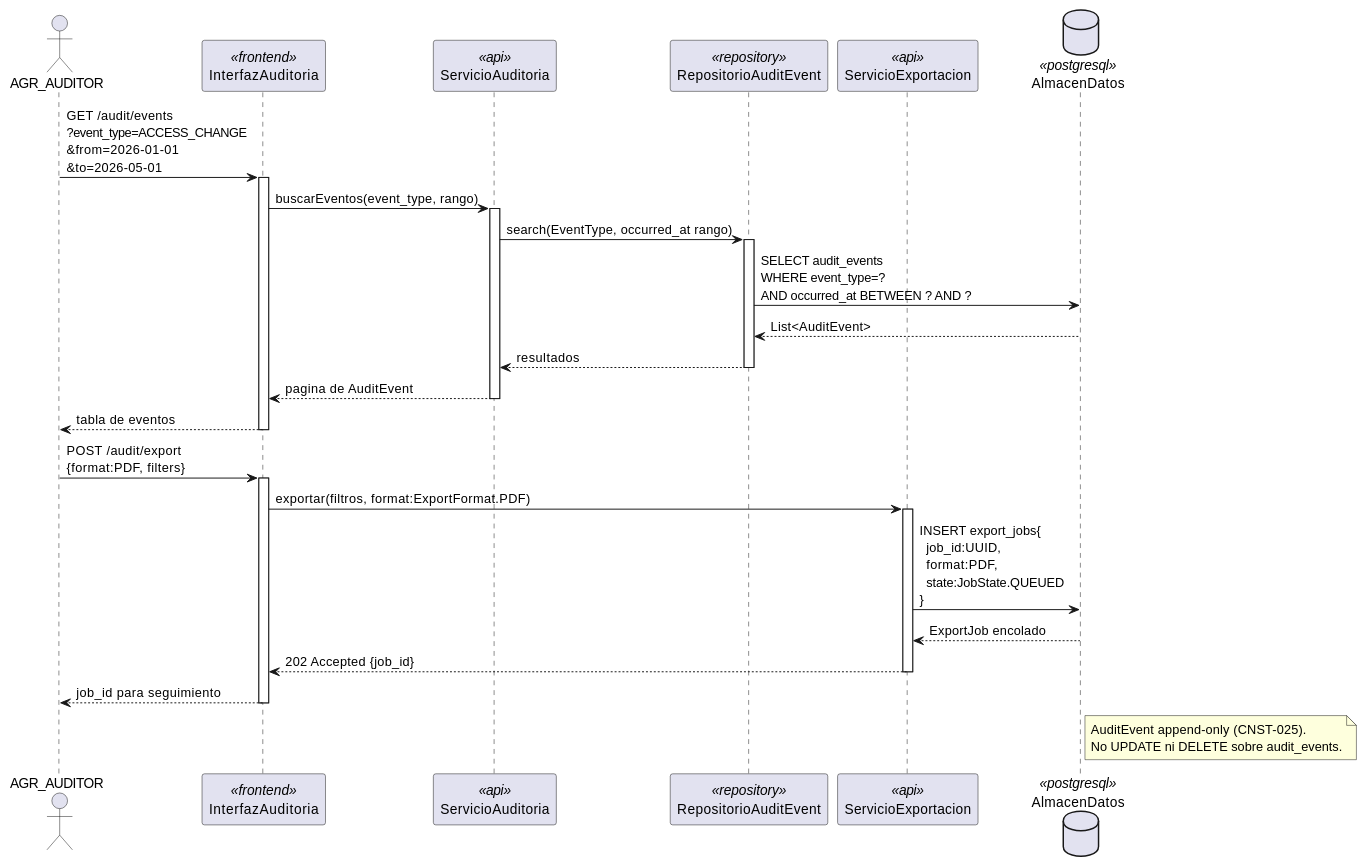
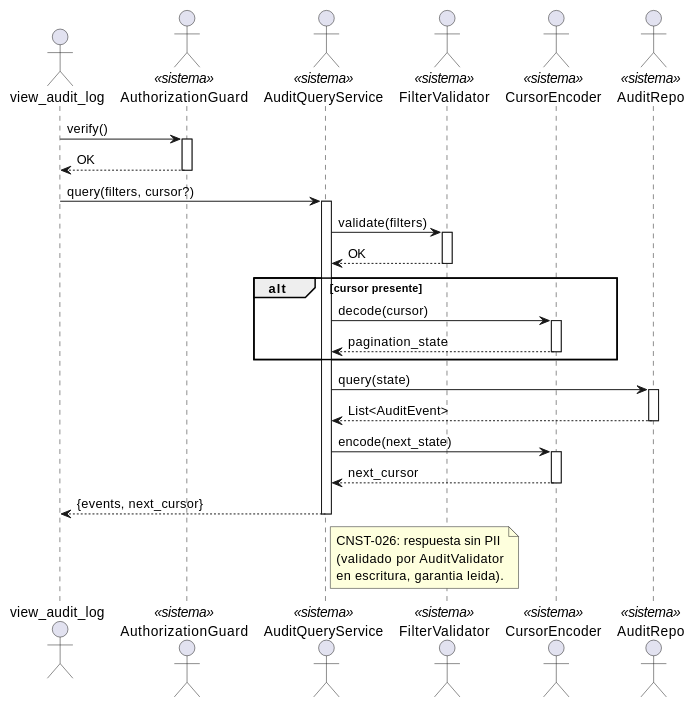
The diagram in source/arquitectura-tecnica/design-view/seq-audit.rst (jcg-admin/IACT-docs), drawn with PlantUML before and after one commit. The commit also changed other lines of this file and 12 other files, not shown here.

First line of the commit message:
Harmonize 13 design-view sequence diagrams to canonical vocab

```diff
--- a/source/arquitectura-tecnica/design-view/seq-audit.rst
+++ b/source/arquitectura-tecnica/design-view/seq-audit.rst
@@ -24,52 +25,52 @@
 .. uml::
- :caption: Design View MOD_Audit — busqueda y exportacion de eventos de auditoria.
+ :caption: MOD_Audit — query con filtros y cursor pagination.
 
  @startuml
 
- actor AGR_AUDITOR
+ actor "view_audit_log" as view_audit_log
+ actor "AuthorizationGuard" as AuthorizationGuard <<sistema>>
+ actor "AuditQueryService" as AuditQueryService <<sistema>>
+ actor "FilterValidator" as FilterValidator <<sistema>>
+ actor "CursorEncoder" as CursorEncoder <<sistema>>
+ actor "AuditRepo" as AuditRepo <<sistema>>
 
- participant InterfazAuditoria      <<frontend>>
- participant ServicioAuditoria      <<api>>
- participant RepositorioAuditEvent  <<repository>>
- participant ServicioExportacion    <<api>>
- database    AlmacenDatos           <<postgresql>>
+ view_audit_log -> AuthorizationGuard : verify()
+ activate AuthorizationGuard
+ AuthorizationGuard --> view_audit_log : OK
+ deactivate AuthorizationGuard
 
- AGR_AUDITOR -> InterfazAuditoria : GET /audit/events\n?event_type=ACCESS_CHANGE\n&from=2026-01-01\n&to=2026-05-01
- activate InterfazAuditoria
+ view_audit_log -> AuditQueryService : query(filters, cursor?)
+ activate AuditQueryService
 
- InterfazAuditoria -> ServicioAuditoria : buscarEventos(event_type, rango)
- activate ServicioAuditoria
+ AuditQueryService -> FilterValidator : validate(filters)
+ activate FilterValidator
+ FilterValidator --> AuditQueryService : OK
+ deactivate FilterValidator
 
- ServicioAuditoria -> RepositorioAuditEvent : search(EventType, occurred_at rango)
- activate RepositorioAuditEvent
- RepositorioAuditEvent -> AlmacenDatos : SELECT audit_events\nWHERE event_type=?\nAND occurred_at BETWEEN ? AND ?
- AlmacenDatos --> RepositorioAuditEvent : List<AuditEvent>
- RepositorioAuditEvent --> ServicioAuditoria : resultados
- deactivate RepositorioAuditEvent
+ alt cursor presente
+   AuditQueryService -> CursorEncoder : decode(cursor)
+   activate CursorEncoder
+   CursorEncoder --> AuditQueryService : pagination_state
+   deactivate CursorEncoder
+ end
 
- ServicioAuditoria --> InterfazAuditoria : pagina de AuditEvent
- deactivate ServicioAuditoria
+ AuditQueryService -> AuditRepo : query(state)
+ activate AuditRepo
+ AuditRepo --> AuditQueryService : List<AuditEvent>
+ deactivate AuditRepo
 
- InterfazAuditoria --> AGR_AUDITOR : tabla de eventos
- deactivate InterfazAuditoria
+ AuditQueryService -> CursorEncoder : encode(next_state)
+ activate CursorEncoder
+ CursorEncoder --> AuditQueryService : next_cursor
+ deactivate CursorEncoder
 
- AGR_AUDITOR -> InterfazAuditoria : POST /audit/export\n{format:PDF, filters}
- activate InterfazAuditoria
+ AuditQueryService --> view_audit_log : {events, next_cursor}
+ deactivate AuditQueryService
 
- InterfazAuditoria -> ServicioExportacion : exportar(filtros, format:ExportFormat.PDF)
- activate ServicioExportacion
-
- ServicioExportacion -> AlmacenDatos : INSERT export_jobs{\n  job_id:UUID,\n  format:PDF,\n  state:JobState.QUEUED\n}
- AlmacenDatos --> ServicioExportacion : ExportJob encolado
-
- ServicioExportacion --> InterfazAuditoria : 202 Accepted {job_id}
- deactivate ServicioExportacion
- InterfazAuditoria --> AGR_AUDITOR : job_id para seguimiento
- deactivate InterfazAuditoria
-
- note right of AlmacenDatos
-   AuditEvent append-only (CNST-025).
-   No UPDATE ni DELETE sobre audit_events.
+ note right of AuditQueryService
+   CNST-026: respuesta sin PII
+   (validado por AuditValidator
+   en escritura, garantia leida).
  end note
 
  @enduml
```
